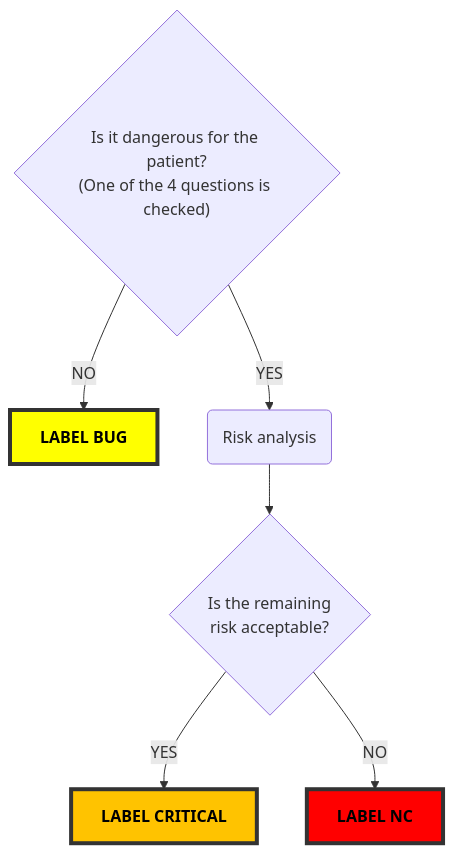
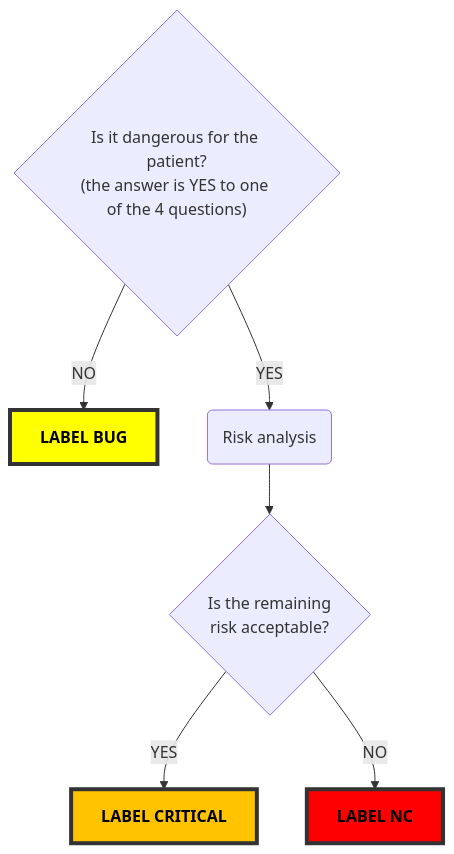
The diagram in .github/ISSUE_TEMPLATE/bug_issue_template.md (eove/.github), drawn with Mermaid before and after one commit. The commit also changed other lines of this file, not shown here.

````diff
--- a/.github/ISSUE_TEMPLATE/bug_issue_template.md
+++ b/.github/ISSUE_TEMPLATE/bug_issue_template.md
@@ -32,15 +30,15 @@
 ```mermaid
 graph TD
-    D{"Is it dangerous for the patient?<br/>(One of the 4 questions is checked)"}
+    D{"Is it dangerous for the patient?<br/>(the answer is YES to one of the 4 questions)"}
     D --NO--> E[LABEL BUG]
     D --YES--> G(Risk analysis)
     --> H{Is the remaining<br/>risk acceptable?}
     H --YES--> I[LABEL CRITICAL]
     H --NO--> J[LABEL NC]
 
 classDef Tag stroke:#333,color:#000, stroke-width:4px, font-weight: bold
 class E,I,J Tag;
 style E fill:#FFFF00
 style I fill:#FFC300
 style J fill:#FF0000
 ```
````
